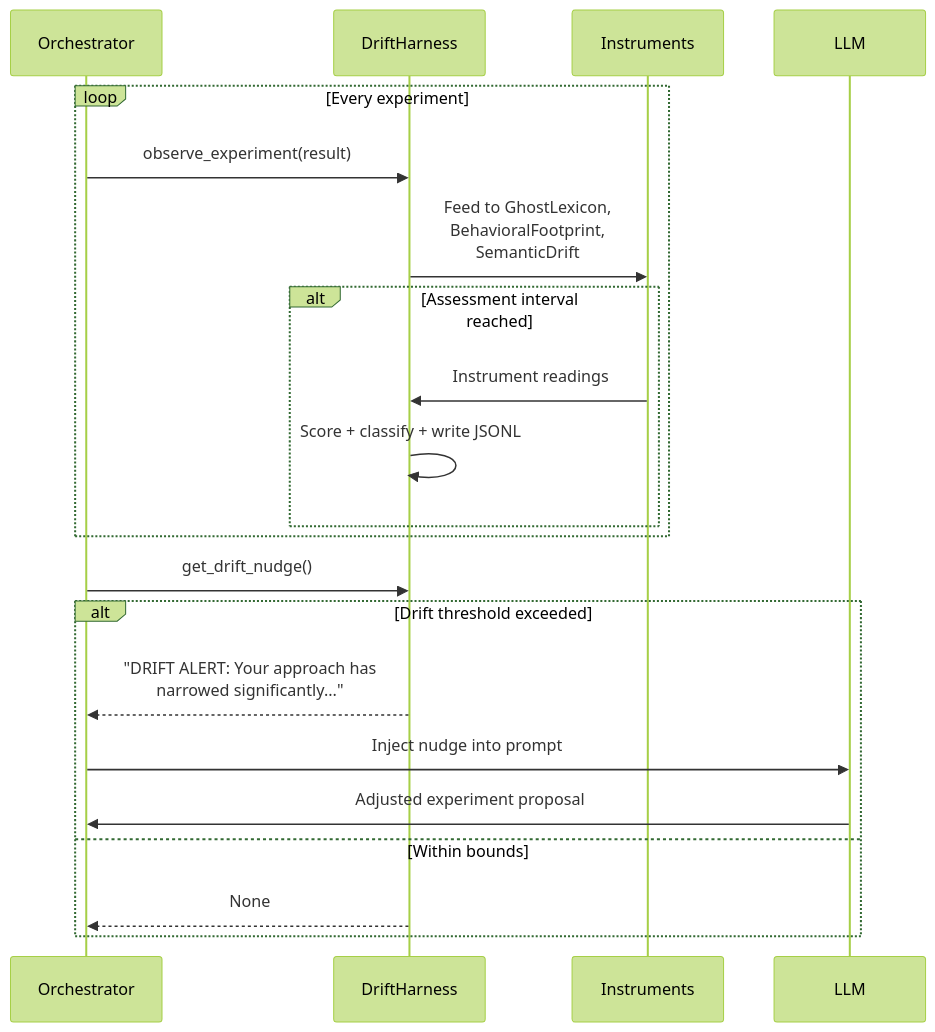
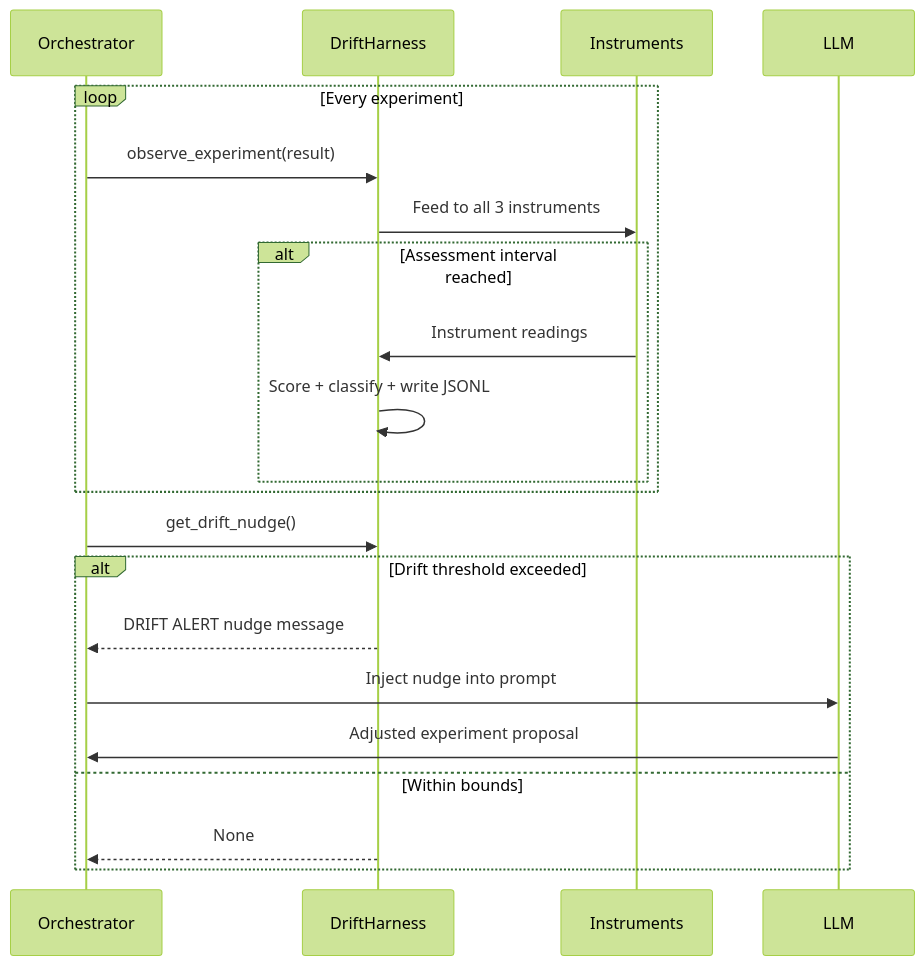
Before and after one commit to elementalcollision/drift-monitor: the third of 3 diagrams in README.md, drawn with Mermaid (forest theme). The commit also changed other lines of this file, not shown here.

First line of the commit message:
Fix Mermaid diagrams for GitHub rendering

````diff
--- a/README.md
+++ b/README.md
@@ -159,27 +159,27 @@
 ```mermaid
 sequenceDiagram
     participant O as Orchestrator
     participant H as DriftHarness
     participant I as Instruments
     participant L as LLM
 
     loop Every experiment
         O->>H: observe_experiment(result)
-        H->>I: Feed to GhostLexicon,<br/>BehavioralFootprint,<br/>SemanticDrift
+        H->>I: Feed to all 3 instruments
 
         alt Assessment interval reached
             I->>H: Instrument readings
             H->>H: Score + classify + write JSONL
         end
     end
 
     O->>H: get_drift_nudge()
 
     alt Drift threshold exceeded
-        H-->>O: "DRIFT ALERT: Your approach has<br/>narrowed significantly..."
+        H-->>O: DRIFT ALERT nudge message
         O->>L: Inject nudge into prompt
         L->>O: Adjusted experiment proposal
     else Within bounds
         H-->>O: None
     end
 ```
````
